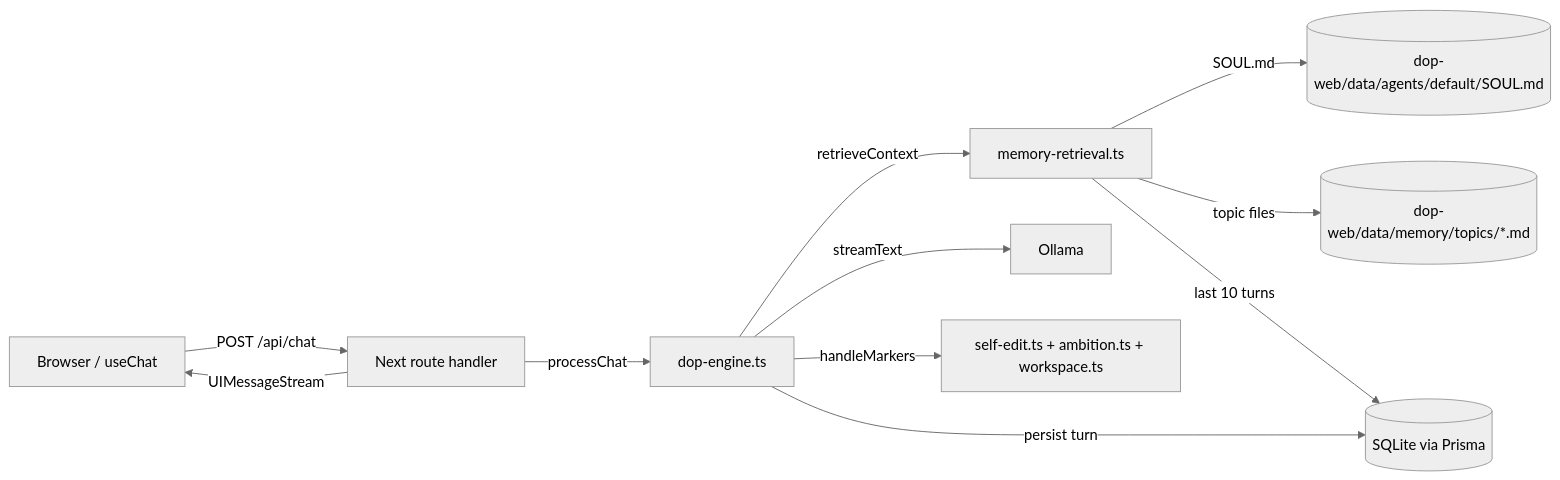
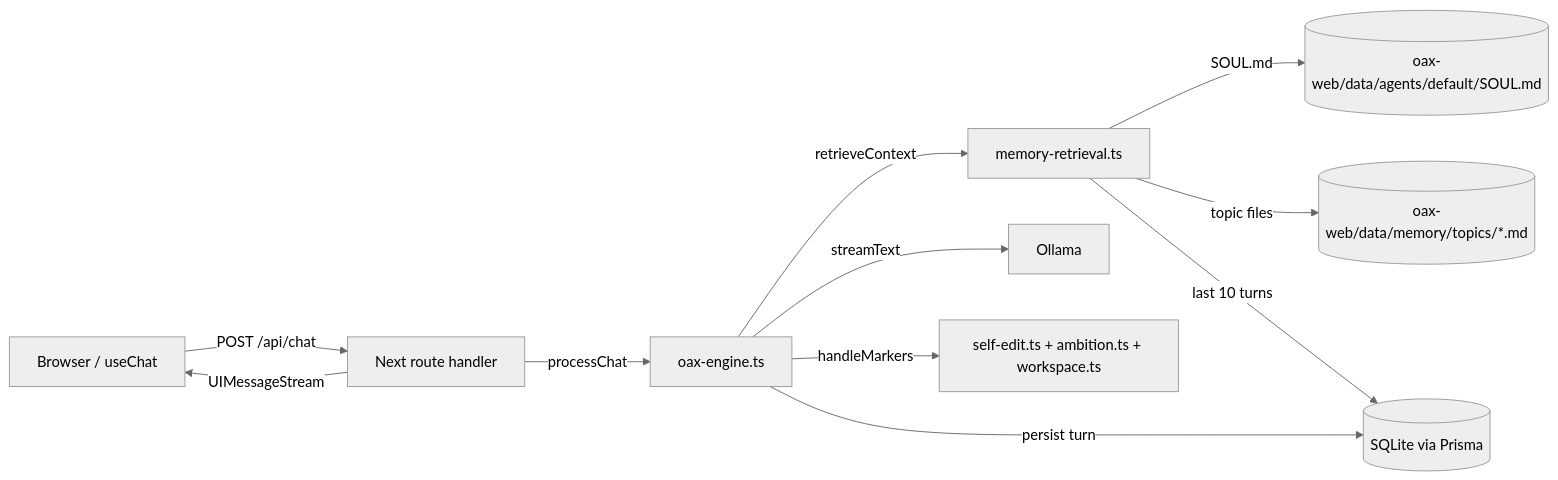
Before and after one commit to scwlkr/OpenAlfredo: the first of 4 diagrams in docs/ARCHITECTURE.md, drawn with Mermaid (neutral theme). The commit also changed other lines of this file and 106 other files, not shown here.

````diff
--- a/docs/ARCHITECTURE.md
+++ b/docs/ARCHITECTURE.md
@@ -20,13 +20,13 @@
 ```mermaid
 flowchart LR
   U[Browser / useChat] -->|POST /api/chat| R[Next route handler]
-  R -->|processChat| E[dop-engine.ts]
+  R -->|processChat| E[oax-engine.ts]
   E -->|retrieveContext| M[memory-retrieval.ts]
-  M -->|SOUL.md| F1[(dop-web/data/agents/default/SOUL.md)]
-  M -->|topic files| F2[(dop-web/data/memory/topics/*.md)]
+  M -->|SOUL.md| F1[(oax-web/data/agents/default/SOUL.md)]
+  M -->|topic files| F2[(oax-web/data/memory/topics/*.md)]
   M -->|last 10 turns| DB[(SQLite via Prisma)]
   E -->|streamText| O[Ollama]
   E -->|handleMarkers| SE[self-edit.ts + ambition.ts + workspace.ts]
   E -->|persist turn| DB
   R -->|UIMessageStream| U
 ```
````
